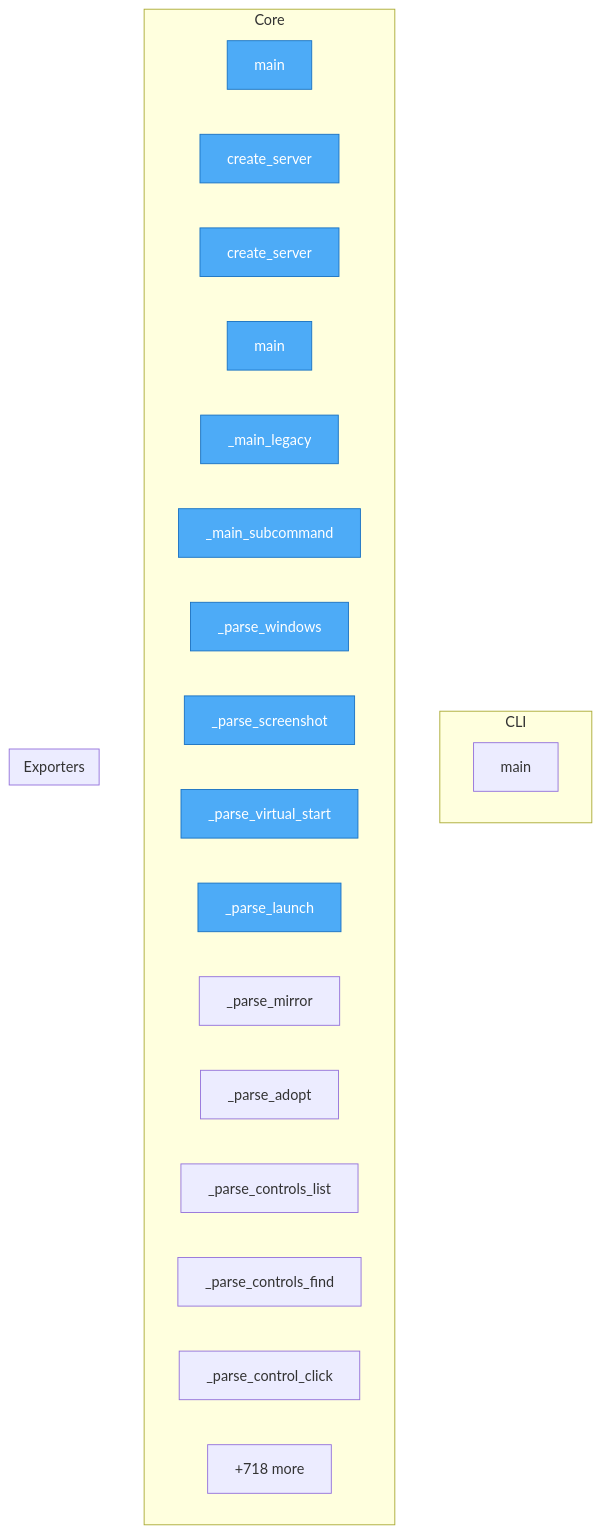
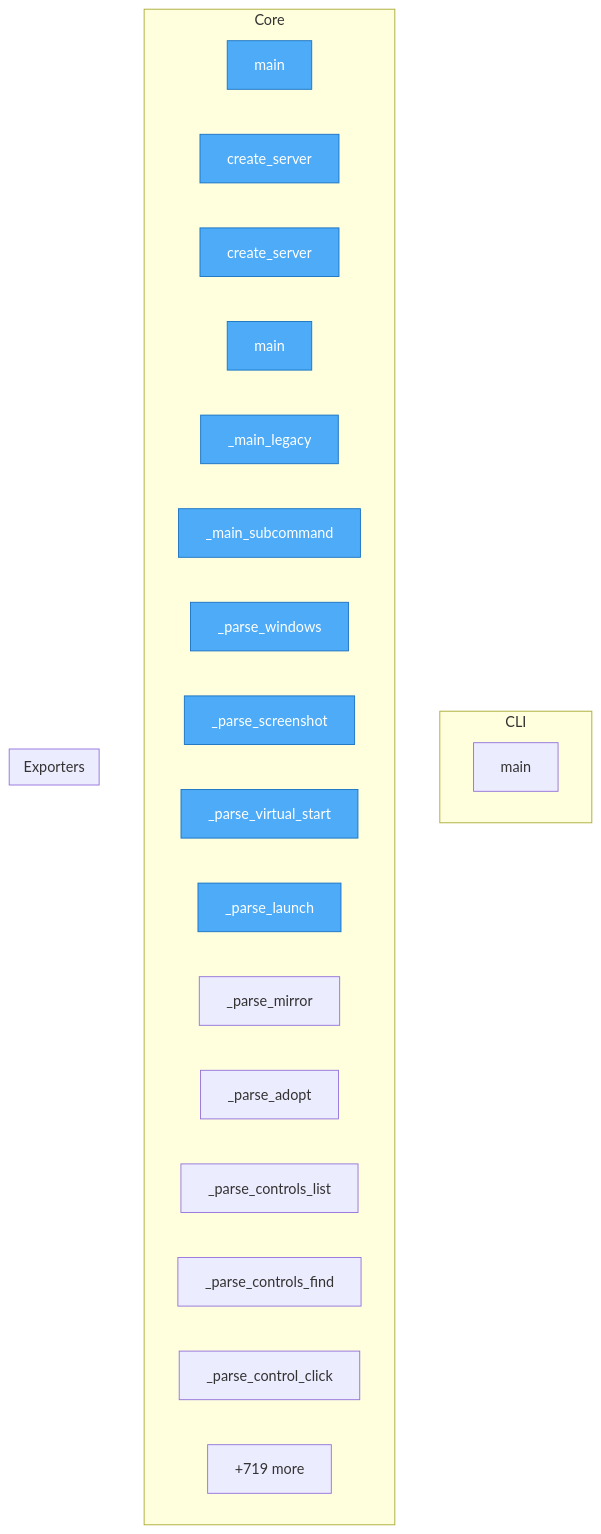
The diagram in project/flow.mmd (wronai/vdisplay), drawn with Mermaid before and after one commit. The commit also changed 42 other files, not shown here.

```diff
--- a/project/flow.mmd
+++ b/project/flow.mmd
@@ -1,33 +1,33 @@
 flowchart TD
-%% generated in 0.04s
+%% generated in 0.05s
 
     %% Entry points (blue)
     classDef entry fill:#4dabf7,stroke:#1971c2,color:#fff
 
     subgraph CLI
         packages__cli2vdisplay__src__cli2vdisplay__cli__main["main"]
     end
 
     subgraph Core
         packages__mcp2vdisplay__src__mcp2vdisplay__cli__main["main"]
         packages__mcp2vdisplay__src__mcp2vdisplay__cli__create_server["create_server"]
         packages__mcp2vdisplay__src__mcp2vdisplay__server__create_server["create_server"]
         packages__dsl2vdisplay__src__dsl2vdisplay__cli__main["main"]
         packages__dsl2vdisplay__src__dsl2vdisplay__cli___main_legacy["_main_legacy"]
         packages__dsl2vdisplay__src__dsl2vdisplay__cli___main_subcommand["_main_subcommand"]
         packages__dsl2vdisplay__src__dsl2vdisplay__grammar___parse_windows["_parse_windows"]
         packages__dsl2vdisplay__src__dsl2vdisplay__grammar___parse_screenshot["_parse_screenshot"]
         packages__dsl2vdisplay__src__dsl2vdisplay__grammar___parse_virtual_start["_parse_virtual_start"]
         packages__dsl2vdisplay__src__dsl2vdisplay__grammar___parse_launch["_parse_launch"]
         packages__dsl2vdisplay__src__dsl2vdisplay__grammar___parse_mirror["_parse_mirror"]
         packages__dsl2vdisplay__src__dsl2vdisplay__grammar___parse_adopt["_parse_adopt"]
         packages__dsl2vdisplay__src__dsl2vdisplay__grammar___parse_controls_list["_parse_controls_list"]
         packages__dsl2vdisplay__src__dsl2vdisplay__grammar___parse_controls_find["_parse_controls_find"]
         packages__dsl2vdisplay__src__dsl2vdisplay__grammar___parse_control_click["_parse_control_click"]
-        ...["+718 more"]
+        ...["+719 more"]
     end
 
     subgraph Exporters
     end
 
     class packages__mcp2vdisplay__src__mcp2vdisplay__cli__main,packages__mcp2vdisplay__src__mcp2vdisplay__cli__create_server,packages__mcp2vdisplay__src__mcp2vdisplay__server__create_server,packages__dsl2vdisplay__src__dsl2vdisplay__cli__main,packages__dsl2vdisplay__src__dsl2vdisplay__cli___main_legacy,packages__dsl2vdisplay__src__dsl2vdisplay__cli___main_subcommand,packages__dsl2vdisplay__src__dsl2vdisplay__grammar___parse_windows,packages__dsl2vdisplay__src__dsl2vdisplay__grammar___parse_screenshot,packages__dsl2vdisplay__src__dsl2vdisplay__grammar___parse_virtual_start,packages__dsl2vdisplay__src__dsl2vdisplay__grammar___parse_launch entry
```
